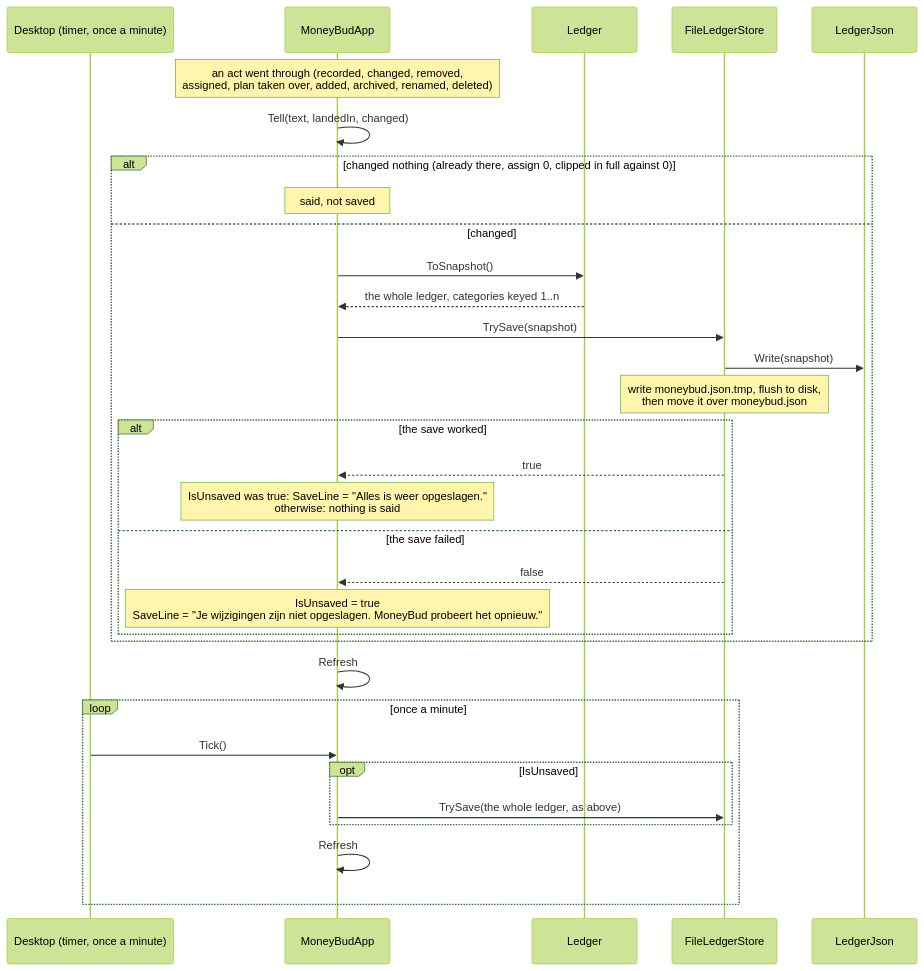
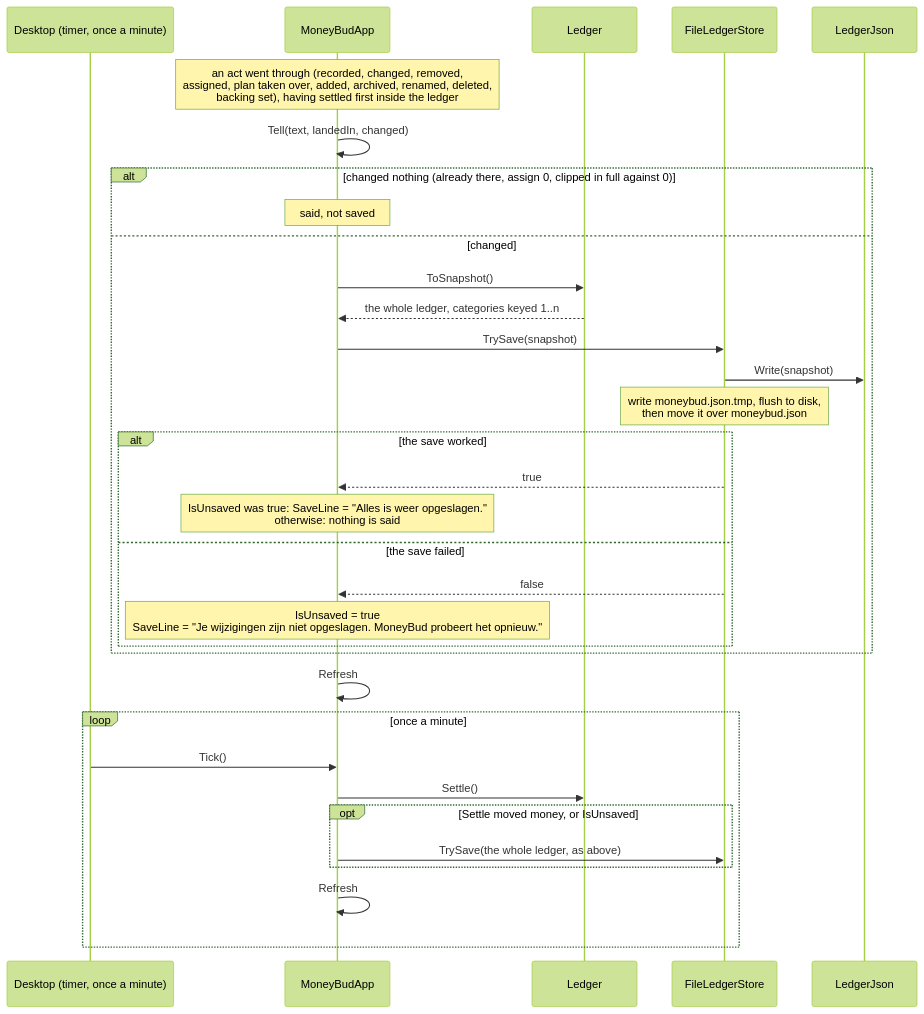
The third of 3 diagrams in docs/arc42/06-runtime-view.md (Axelkonijn/MoneyBud), drawn with Mermaid (forest theme) before and after one commit. The commit also changed other lines of this file and 53 other files, not shown here.

````diff
--- a/docs/arc42/06-runtime-view.md
+++ b/docs/arc42/06-runtime-view.md
@@ -227,36 +305,37 @@
 ```mermaid
 sequenceDiagram
     participant Timer as Desktop (timer, once a minute)
     participant App as MoneyBudApp
     participant Ledger
     participant Store as FileLedgerStore
     participant Json as LedgerJson
 
-    Note over App: an act went through (recorded, changed, removed,<br/>assigned, plan taken over, added, archived, renamed, deleted)
+    Note over App: an act went through (recorded, changed, removed,<br/>assigned, plan taken over, added, archived, renamed, deleted,<br/>backing set), having settled first inside the ledger
     App->>App: Tell(text, landedIn, changed)
     alt changed nothing (already there, assign 0, clipped in full against 0)
         Note over App: said, not saved
     else changed
         App->>Ledger: ToSnapshot()
         Ledger-->>App: the whole ledger, categories keyed 1..n
         App->>Store: TrySave(snapshot)
         Store->>Json: Write(snapshot)
         Note over Store: write moneybud.json.tmp, flush to disk,<br/>then move it over moneybud.json
         alt the save worked
             Store-->>App: true
             Note over App: IsUnsaved was true: SaveLine = "Alles is weer opgeslagen."<br/>otherwise: nothing is said
         else the save failed
             Store-->>App: false
             Note over App: IsUnsaved = true<br/>SaveLine = "Je wijzigingen zijn niet opgeslagen. MoneyBud probeert het opnieuw."
         end
     end
     App->>App: Refresh
 
     loop once a minute
         Timer->>App: Tick()
-        opt IsUnsaved
+        App->>Ledger: Settle()
+        opt Settle moved money, or IsUnsaved
             App->>Store: TrySave(the whole ledger, as above)
         end
         App->>App: Refresh
     end
 ```
````
